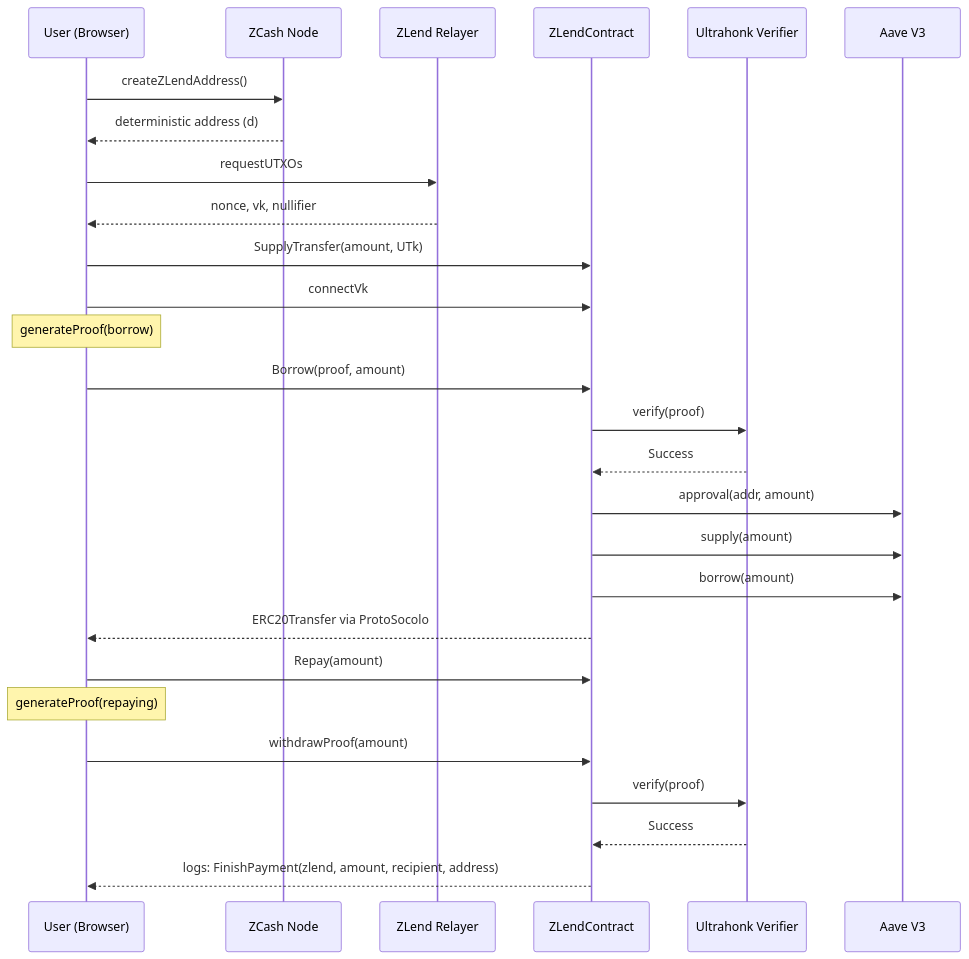
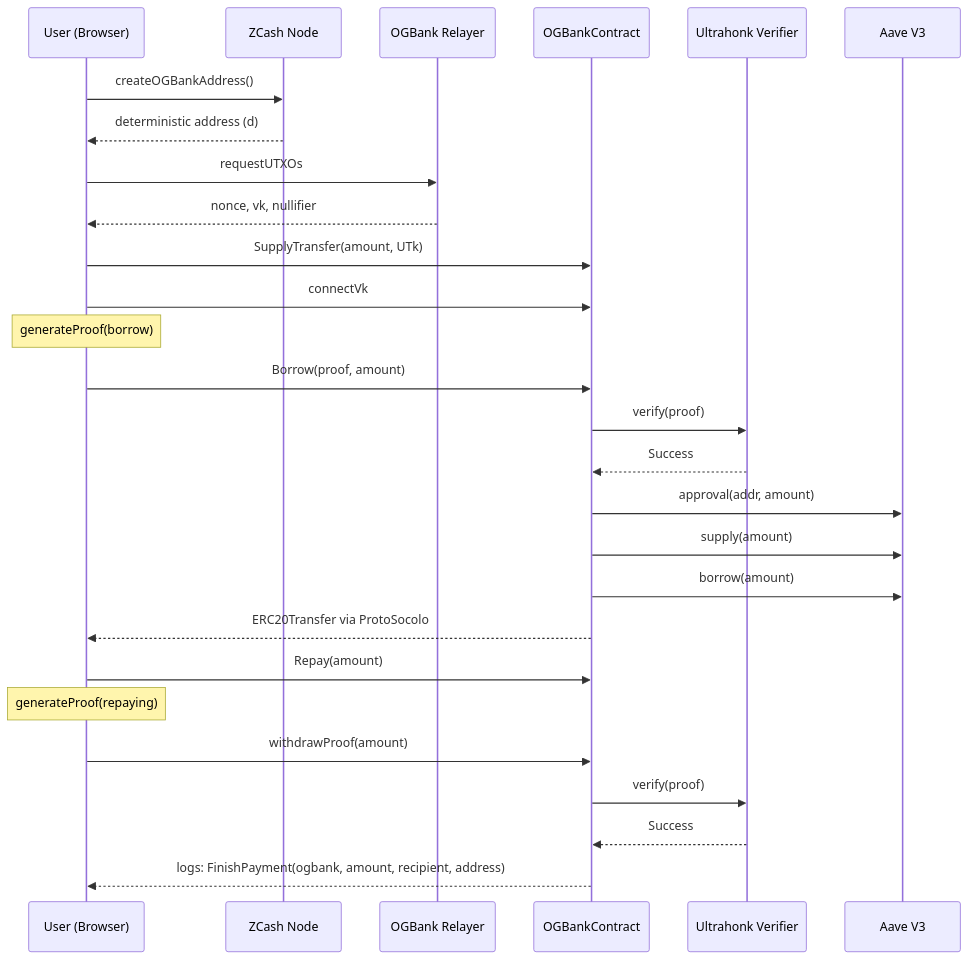
One commit to sebastianlujan/zlend changed the diagram in docs/technical/01_architecture.md. Above: the diagram before and after it, drawn with Mermaid. The commit also changed other lines of this file and 68 other files, not shown here.

````diff
--- a/docs/technical/01_architecture.md
+++ b/docs/technical/01_architecture.md
@@ -83,35 +83,35 @@
 ```mermaid
 sequenceDiagram
     participant U as User (Browser)
     participant Z as ZCash Node
-    participant R as ZLend Relayer
-    participant C as ZLendContract
+    participant R as OGBank Relayer
+    participant C as OGBankContract
     participant V as Ultrahonk Verifier
     participant A as Aave V3
 
-    U->>Z: createZLendAddress()
+    U->>Z: createOGBankAddress()
     Z-->>U: deterministic address (d)
 
     U->>R: requestUTXOs
     R-->>U: nonce, vk, nullifier
 
     U->>C: SupplyTransfer(amount, UTk)
     U->>C: connectVk
 
     Note over U: generateProof(borrow)
     U->>C: Borrow(proof, amount)
     C->>V: verify(proof)
     V-->>C: Success
     C->>A: approval(addr, amount)
     C->>A: supply(amount)
     C->>A: borrow(amount)
     C-->>U: ERC20Transfer via ProtoSocolo
 
     U->>C: Repay(amount)
 
     Note over U: generateProof(repaying)
     U->>C: withdrawProof(amount)
     C->>V: verify(proof)
     V-->>C: Success
-    C-->>U: logs: FinishPayment(zlend, amount, recipient, address)
+    C-->>U: logs: FinishPayment(ogbank, amount, recipient, address)
 ```
````
